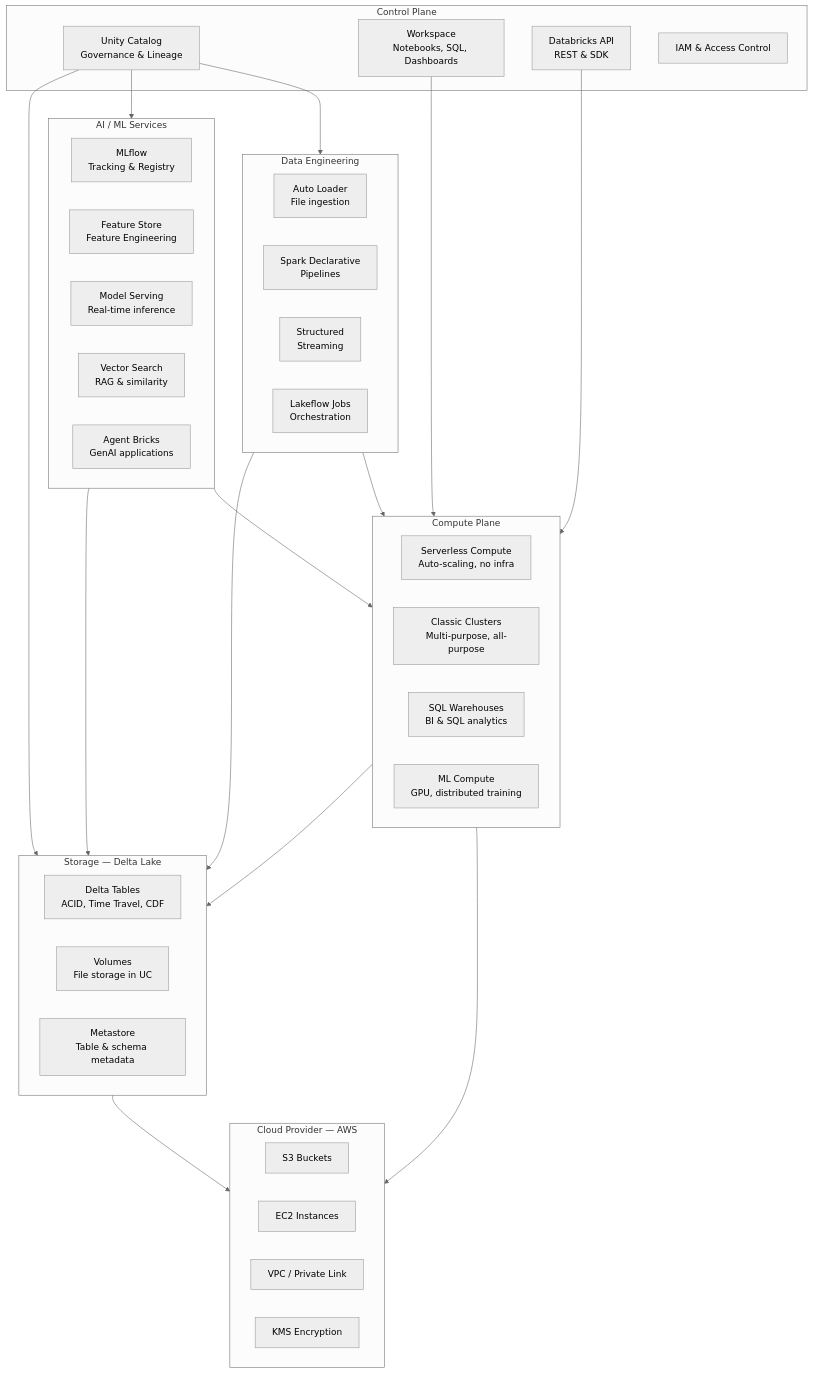
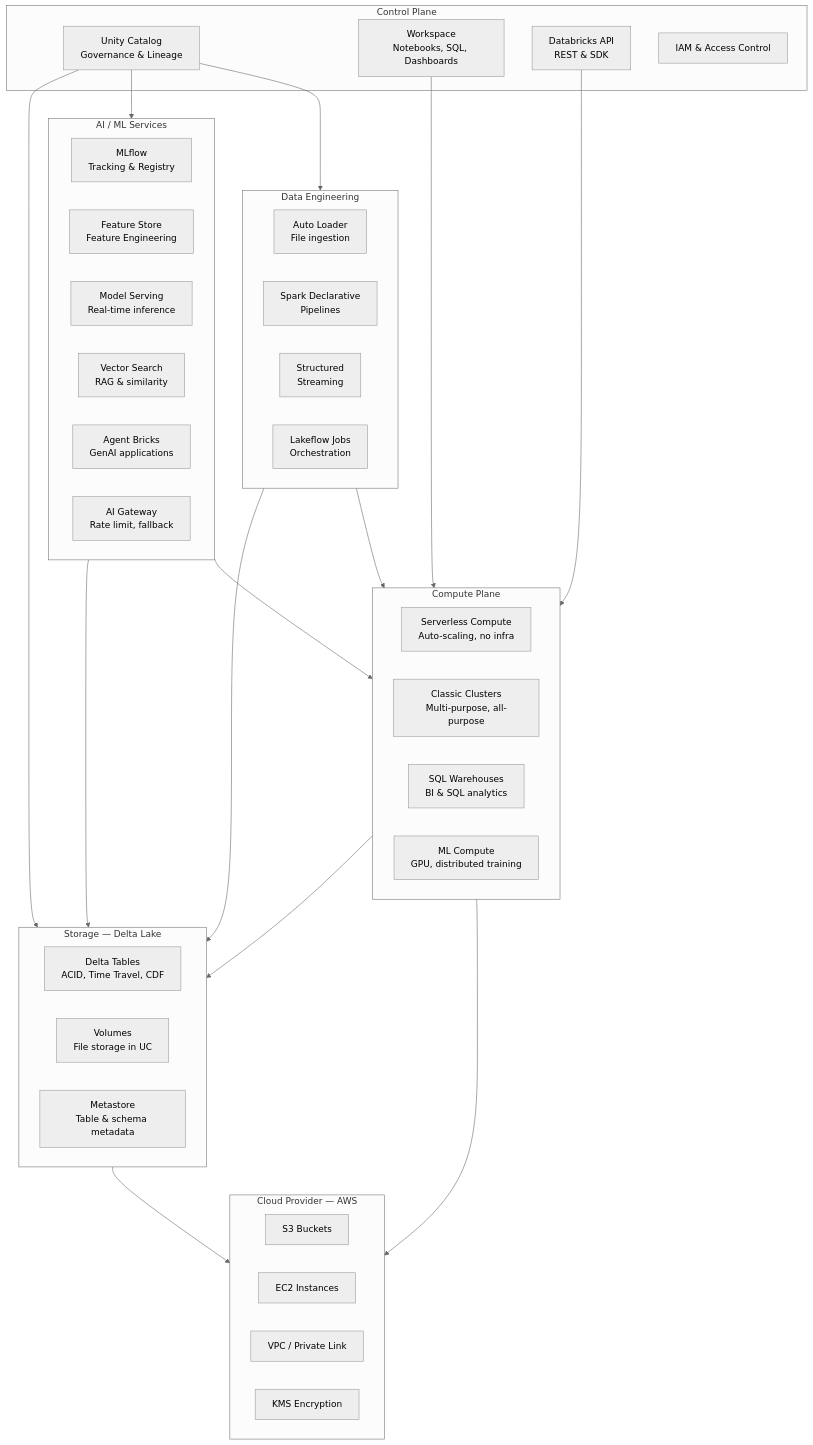
Before and after one commit to Htunn/Data-Engineering: the first of 4 diagrams in docs/databricks-platform-overview.md, drawn with Mermaid (neutral theme). The commit also changed other lines of this file and 3 other files, not shown here.

````diff
--- a/docs/databricks-platform-overview.md
+++ b/docs/databricks-platform-overview.md
@@ -5,57 +5,58 @@
 ```mermaid
 graph TB
     subgraph Control [Control Plane]
         UC[Unity Catalog<br/>Governance & Lineage]
         WS[Workspace<br/>Notebooks, SQL, Dashboards]
         API[Databricks API<br/>REST & SDK]
         IAM[IAM & Access Control]
     end
 
     subgraph Compute [Compute Plane]
         SV[Serverless Compute<br/>Auto-scaling, no infra]
         CL[Classic Clusters<br/>Multi-purpose, all-purpose]
         WH[SQL Warehouses<br/>BI & SQL analytics]
         ML_C[ML Compute<br/>GPU, distributed training]
     end
 
     subgraph Storage [Storage — Delta Lake]
         DL[Delta Tables<br/>ACID, Time Travel, CDF]
         UC_Vol[Volumes<br/>File storage in UC]
         UC_Meta[Metastore<br/>Table & schema metadata]
     end
 
     subgraph Cloud [Cloud Provider — AWS]
         S3[S3 Buckets]
         EC2[EC2 Instances]
         VPC[VPC / Private Link]
         KMS[KMS Encryption]
     end
 
     subgraph AI [AI / ML Services]
         MLF[MLflow<br/>Tracking & Registry]
         FS[Feature Store<br/>Feature Engineering]
         MS[Model Serving<br/>Real-time inference]
         VS[Vector Search<br/>RAG & similarity]
         AG[Agent Bricks<br/>GenAI applications]
+        GW[AI Gateway<br/>Rate limit, fallback]
     end
 
     subgraph DataEng [Data Engineering]
         AL[Auto Loader<br/>File ingestion]
         SDP[Spark Declarative<br/>Pipelines]
         SS[Structured<br/>Streaming]
         JOBS[Lakeflow Jobs<br/>Orchestration]
     end
 
     UC --> Storage
     WS --> Compute
     API --> Compute
     Compute --> Storage
     Storage --> Cloud
     Compute --> Cloud
     AI --> Storage
     AI --> Compute
     DataEng --> Storage
     DataEng --> Compute
     UC --> AI
     UC --> DataEng
 ```
````
